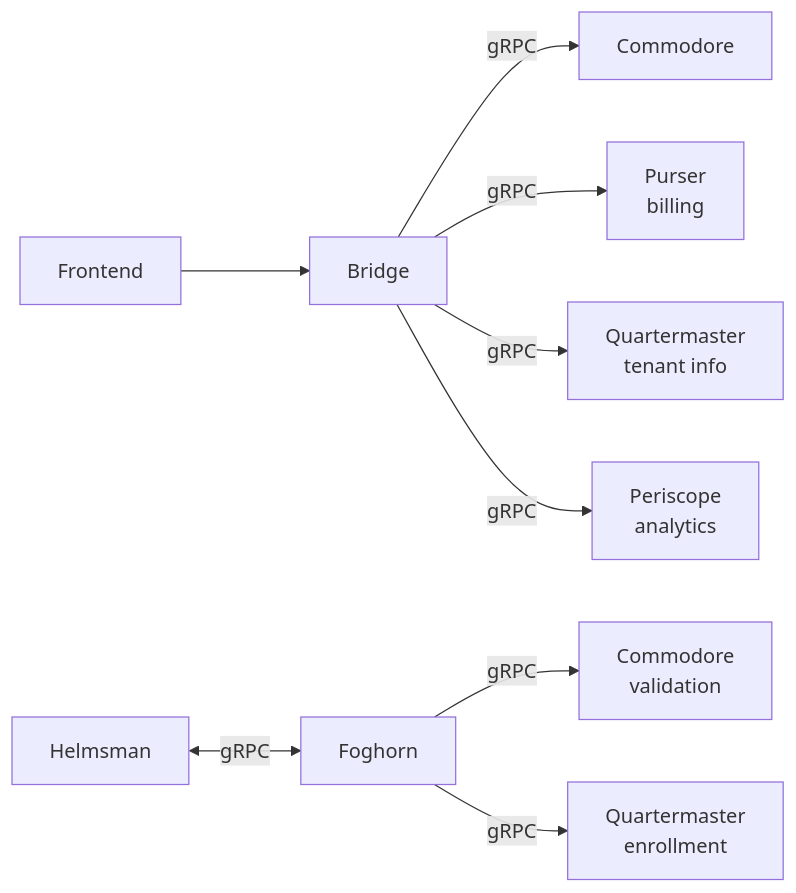
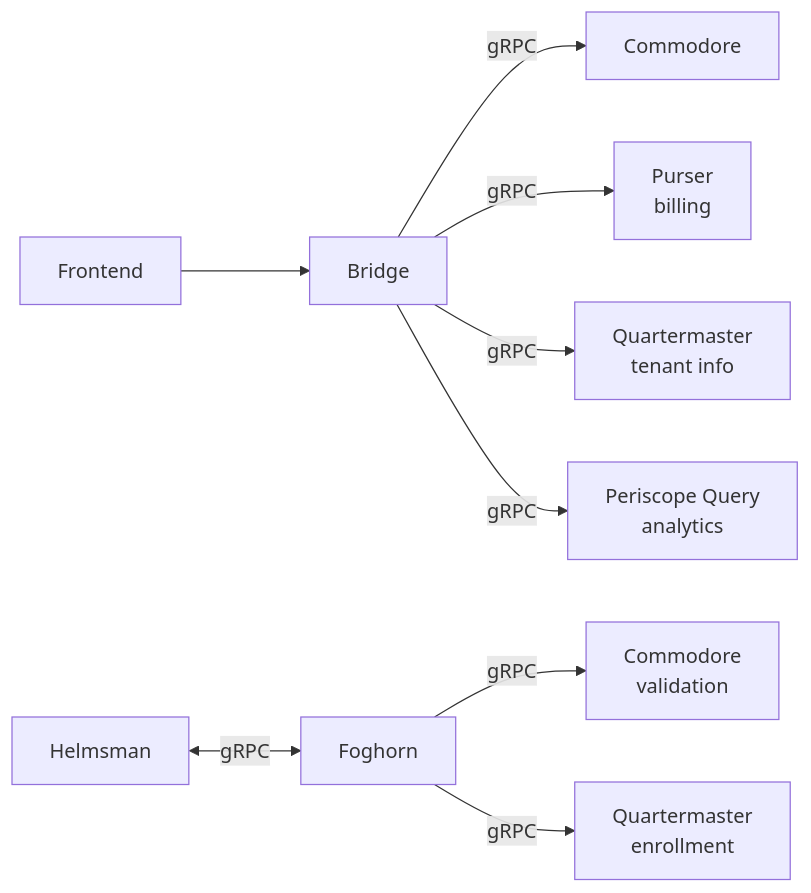
One commit to Livepeer-FrameWorks/monorepo changed the second of 5 diagrams in website_docs/src/content/docs/operators/architecture.mdx. Above: the diagram before and after it, drawn with Mermaid. The commit also changed other lines of this file and 796 other files, not shown here.

````diff
--- a/website_docs/src/content/docs/operators/architecture.mdx
+++ b/website_docs/src/content/docs/operators/architecture.mdx
@@ -156,12 +156,12 @@
 ```mermaid
 graph LR
     FE[Frontend] --> B[Bridge]
     B -->|gRPC| COM[Commodore]
     B -->|gRPC| PUR[Purser<br/>billing]
     B -->|gRPC| QM[Quartermaster<br/>tenant info]
-    B -->|gRPC| PER[Periscope<br/>analytics]
+    B -->|gRPC| PER[Periscope Query<br/>analytics]
 
     H[Helmsman] <-->|gRPC| F[Foghorn]
     F -->|gRPC| COM2[Commodore<br/>validation]
     F -->|gRPC| QM2[Quartermaster<br/>enrollment]
 ```
````
